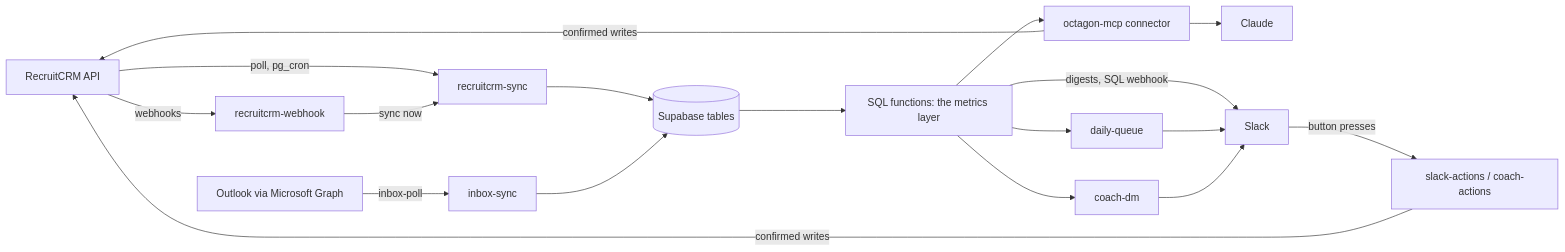
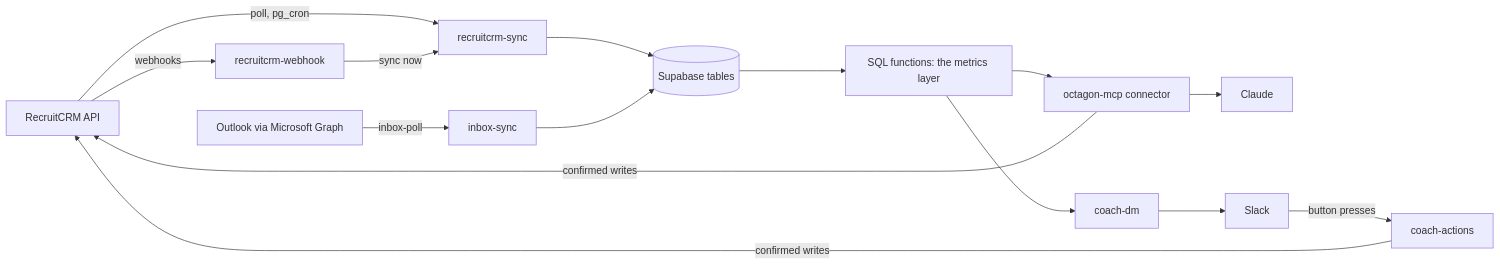
The first of 2 diagrams in docs/wiki/Architecture.md (ollielarkins/octagonanalytics-reverse), drawn with Mermaid before and after one commit. The commit also changed other lines of this file and 18 other files, not shown here.

````diff
--- a/docs/wiki/Architecture.md
+++ b/docs/wiki/Architecture.md
@@ -13,18 +13,16 @@
 ```mermaid
 flowchart LR
   RC[RecruitCRM API] -->|poll, pg_cron| SYNC[recruitcrm-sync]
   RC -->|webhooks| WH[recruitcrm-webhook]
   WH -->|sync now| SYNC
   SYNC --> DB[(Supabase tables)]
   OL[Outlook via Microsoft Graph] -->|inbox-poll| INB[inbox-sync]
   INB --> DB
   DB --> FN[SQL functions: the metrics layer]
   FN --> MCP[octagon-mcp connector]
   MCP --> CL[Claude]
   MCP -->|confirmed writes| RC
-  FN -->|digests, SQL webhook| SL[Slack]
-  FN --> DQ[daily-queue] --> SL
-  FN --> CD[coach-dm] --> SL
-  SL -->|button presses| SA[slack-actions / coach-actions]
+  FN --> CD[coach-dm] --> SL[Slack]
+  SL -->|button presses| SA[coach-actions]
   SA -->|confirmed writes| RC
 ```
````
